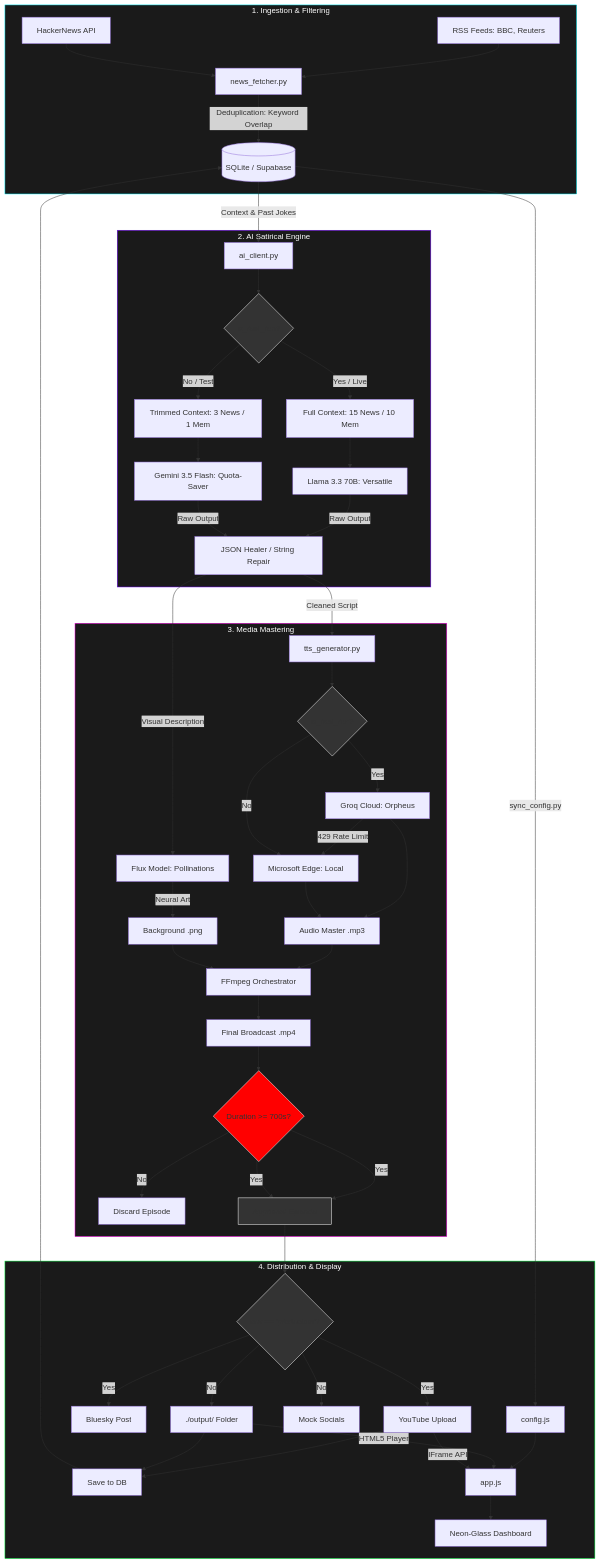
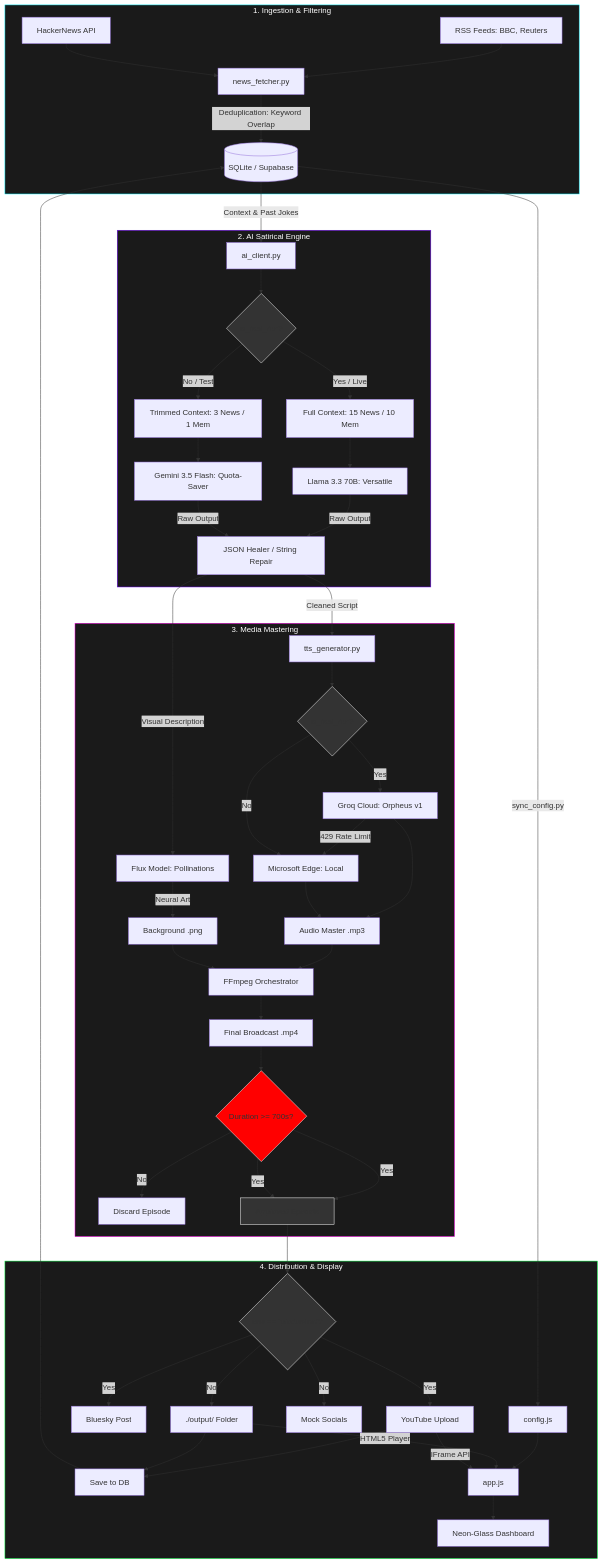
One commit to mazenemam19/AI-Radio changed the diagram in specs/ARCHITECTURE.md. Above: the diagram before and after it, drawn with Mermaid. The commit also changed other lines of this file, not shown here.

Commit message:
docs: explicitly document Groq TTS model canopylabs/orpheus-v1-english in architecture

````diff
--- a/specs/ARCHITECTURE.md
+++ b/specs/ARCHITECTURE.md
@@ -5,78 +5,77 @@
 ```mermaid
 graph TD
     %% Data Sources
     subgraph Ingestion [1. Ingestion & Filtering]
         RSS[RSS Feeds: BBC, Reuters] --> NF[news_fetcher.py]
         HN[HackerNews API] --> NF
         NF -->|Deduplication: Keyword Overlap| DB[(SQLite / Supabase)]
     end
 %% AI Core
 subgraph Brain [2. AI Satirical Engine]
     DB -->|Context & Past Jokes| AC[ai_client.py]
     AC --> REAL_SWITCH{is_real_run?}
 
     REAL_SWITCH -->|Yes / Live| PROD_LOGIC[Full Context: 15 News / 10 Mem]
     PROD_LOGIC --> L70[Llama 3.3 70B: Versatile]
 
     REAL_SWITCH -->|No / Test| LOCAL_LOGIC[Trimmed Context: 3 News / 1 Mem]
     LOCAL_LOGIC --> G35[Gemini 3.5 Flash: Quota-Saver]
 
     L70 & G35 -->|Raw Output| HEAL[JSON Healer / String Repair]
 end
 
 %% Media Generation
 subgraph Mastering [3. Media Mastering]
     HEAL -->|Cleaned Script| TTS[tts_generator.py]
     TTS --> TTS_SWITCH{is_real_run?}
 
-    TTS_SWITCH -->|Yes| GROQ_TTS[Groq Cloud: Orpheus]
+    TTS_SWITCH -->|Yes| GROQ_TTS[Groq Cloud: Orpheus v1]
     GROQ_TTS -->|429 Rate Limit| EDGE_TTS
 
     TTS_SWITCH -->|No| EDGE_TTS[Microsoft Edge: Local]
-
         
         GROQ_TTS & EDGE_TTS --> AUD[Audio Master .mp3]
         
         HEAL -->|Visual Description| ART[Flux Model: Pollinations]
         ART -->|Neural Art| IMG[Background .png]
         
         AUD & IMG --> FF[FFmpeg Orchestrator]
         FF --> VIDEO[Final Broadcast .mp4]
         VIDEO --> DUR{Duration >= 700s?}
         DUR -->|No| ABORT[Discard Episode]
         DUR -->|Yes| GRID_FLOW
     end
 
     %% Distribution & Dashboard
     subgraph Grid [4. Distribution & Display]
         DUR -->|Yes| GRID_FLOW[Approved Episode]
         GRID_FLOW --> DIST_ENV{env == 'production'?}
         
         DIST_ENV -->|Yes| YT[YouTube Upload]
         DIST_ENV -->|Yes| BKY[Bluesky Post]
         
         DIST_ENV -->|No| LOCAL_OUT[./output/ Folder]
         DIST_ENV -->|No| MOCK[Mock Socials]
         
         YT & LOCAL_OUT --> DB_WRITE[Save to DB]
         DB_WRITE --> DB[(SQLite / Supabase)]
         
         DB -->|sync_config.py| CFG[config.js]
         CFG --> APP[app.js]
         
         LOCAL_OUT -->|HTML5 Player| APP
         YT -->|IFrame API| APP
         APP --> UI[Neon-Glass Dashboard]
     end
 
     %% Styling
     style Ingestion fill:#1a1a1a,stroke:#00f2ff,color:#fff
     style Brain fill:#1a1a1a,stroke:#7000ff,color:#fff
     style Mastering fill:#1a1a1a,stroke:#ff00ea,color:#fff
     style Grid fill:#1a1a1a,stroke:#00ff40,color:#fff
     style REAL_SWITCH fill:#333,stroke:#fff
     style TTS_SWITCH fill:#333,stroke:#fff
     style DIST_ENV fill:#333,stroke:#fff
     style GRID_FLOW fill:#333,stroke:#fff
     style DUR fill:#ff0000,stroke:#fff
 ```
````
